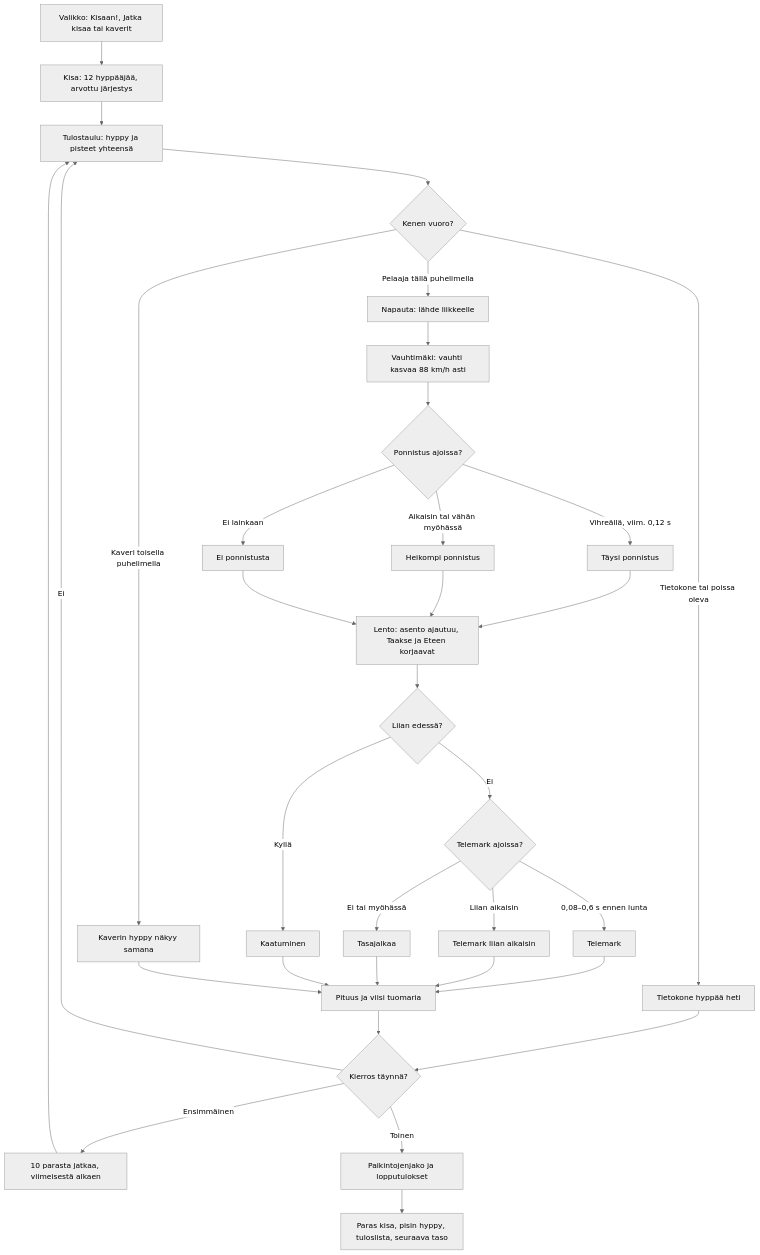
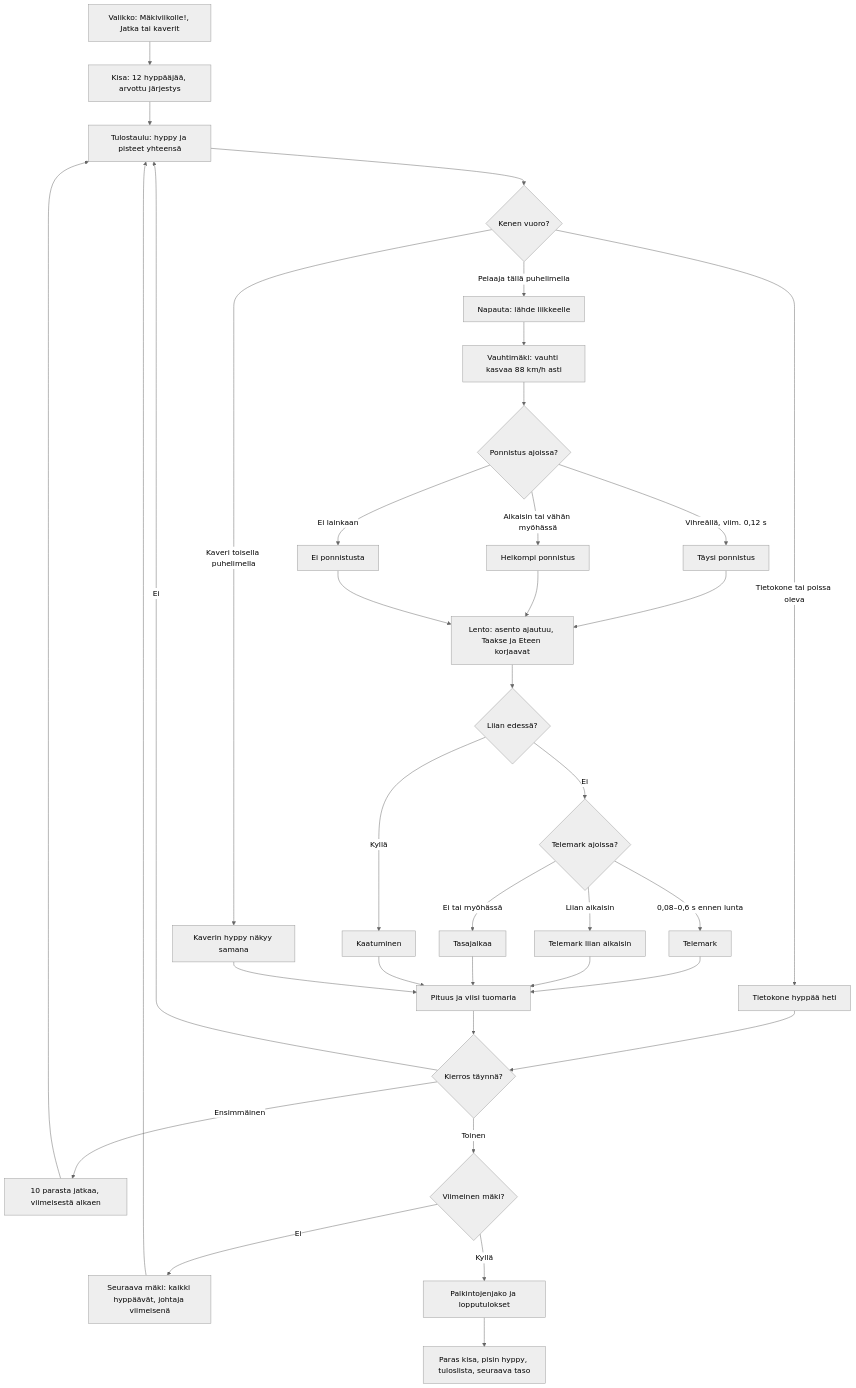
The diagram in docs/diagrams/makihyppy.md (eerovil/ai-pelit), drawn with Mermaid (neutral theme) before and after one commit. The commit also changed other lines of this file and 8 other files, not shown here.

````diff
--- a/docs/diagrams/makihyppy.md
+++ b/docs/diagrams/makihyppy.md
@@ -11,41 +13,44 @@
 ```mermaid
 flowchart TD
-  M[Valikko: Kisaan!, Jatka kisaa tai kaverit] --> K[Kisa: 12 hyppääjää, arvottu järjestys]
+  M[Valikko: Mäkiviikolle!, Jatka tai kaverit] --> K[Kisa: 12 hyppääjää, arvottu järjestys]
   K --> T[Tulostaulu: hyppy ja pisteet yhteensä]
   T --> Q{Kenen vuoro?}
   Q -- Tietokone tai poissa oleva --> CPU[Tietokone hyppää heti]
   Q -- Kaveri toisella puhelimella --> WT[Kaverin hyppy näkyy samana]
   Q -- Pelaaja tällä puhelimella --> B[Napauta: lähde liikkeelle]
   B --> IN[Vauhtimäki: vauhti kasvaa 88 km/h asti]
   IN --> P{Ponnistus ajoissa?}
   P -- Vihreällä, viim. 0,12 s --> PG[Täysi ponnistus]
   P -- Aikaisin tai vähän myöhässä --> PW[Heikompi ponnistus]
   P -- Ei lainkaan --> PN[Ei ponnistusta]
   PG --> F[Lento: asento ajautuu, Taakse ja Eteen korjaavat]
   PW --> F
   PN --> F
   F --> FA{Liian edessä?}
   FA -- Kyllä --> FALL[Kaatuminen]
   FA -- Ei --> TL{Telemark ajoissa?}
   TL -- 0,08–0,6 s ennen lunta --> TM[Telemark]
   TL -- Liian aikaisin --> TE[Telemark liian aikaisin]
   TL -- Ei tai myöhässä --> TW[Tasajalkaa]
   TM --> J[Pituus ja viisi tuomaria]
   TE --> J
   TW --> J
   FALL --> J
   WT --> J
   CPU --> NX
   J --> NX{Kierros täynnä?}
   NX -- Ei --> T
   NX -- Ensimmäinen --> CUT[10 parasta jatkaa, viimeisestä alkaen]
-  NX -- Toinen --> END[Palkintojenjako ja lopputulokset]
+  NX -- Toinen --> LAST{Viimeinen mäki?}
+  LAST -- Ei --> HILL[Seuraava mäki: kaikki hyppäävät, johtaja viimeisenä]
+  LAST -- Kyllä --> END[Palkintojenjako ja lopputulokset]
+  HILL --> T
   CUT --> T
   END --> S[Paras kisa, pisin hyppy, tuloslista, seuraava taso]
   class M,B,IN,F,T blue
   class CPU,WT violet
-  class Q,P,FA,TL,NX amber
-  class K,PG,PW,PN,TM,TE,TW,J,CUT teal
+  class Q,P,FA,TL,NX,LAST amber
+  class K,PG,PW,PN,TM,TE,TW,J,CUT,HILL teal
   class FALL rose
   class END,S green
 ```
````
